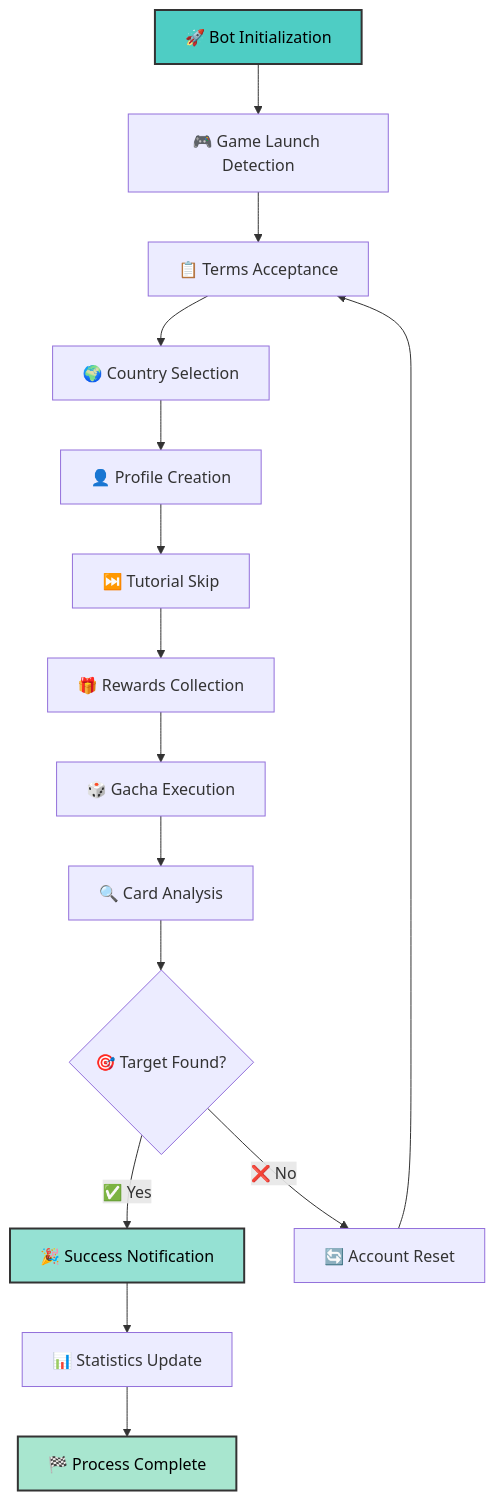
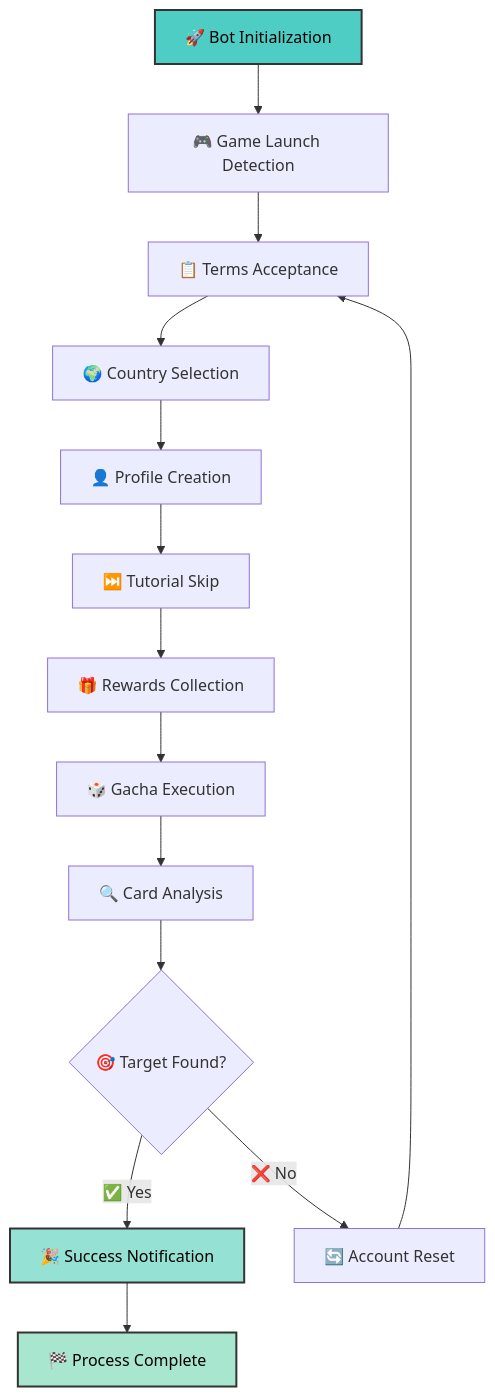
Before and after one commit to WualterS00/Umapyoi-AutoReroll: the diagram in README.md, drawn with Mermaid. The commit also changed other lines of this file, not shown here.

````diff
--- a/README.md
+++ b/README.md
@@ -155,21 +155,20 @@
 ```mermaid
 graph TD
     A[🚀 Bot Initialization] --> B[🎮 Game Launch Detection]
     B --> C[📋 Terms Acceptance]
     C --> D[🌍 Country Selection]
     D --> E[👤 Profile Creation]
     E --> F[⏭️ Tutorial Skip]
     F --> G[🎁 Rewards Collection]
     G --> H[🎲 Gacha Execution]
     H --> I[🔍 Card Analysis]
     I --> J{🎯 Target Found?}
     J -->|✅ Yes| K[🎉 Success Notification]
     J -->|❌ No| L[🔄 Account Reset]
     L --> C
-    K --> M[📊 Statistics Update]
-    M --> N[🏁 Process Complete]
+    K --> M[🏁 Process Complete]
     
     style A fill:#4ECDC4,stroke:#333,stroke-width:2px,color:#000
     style K fill:#95E1D3,stroke:#333,stroke-width:2px,color:#000
-    style N fill:#A8E6CF,stroke:#333,stroke-width:2px,color:#000
+    style M fill:#A8E6CF,stroke:#333,stroke-width:2px,color:#000
 ```
````
